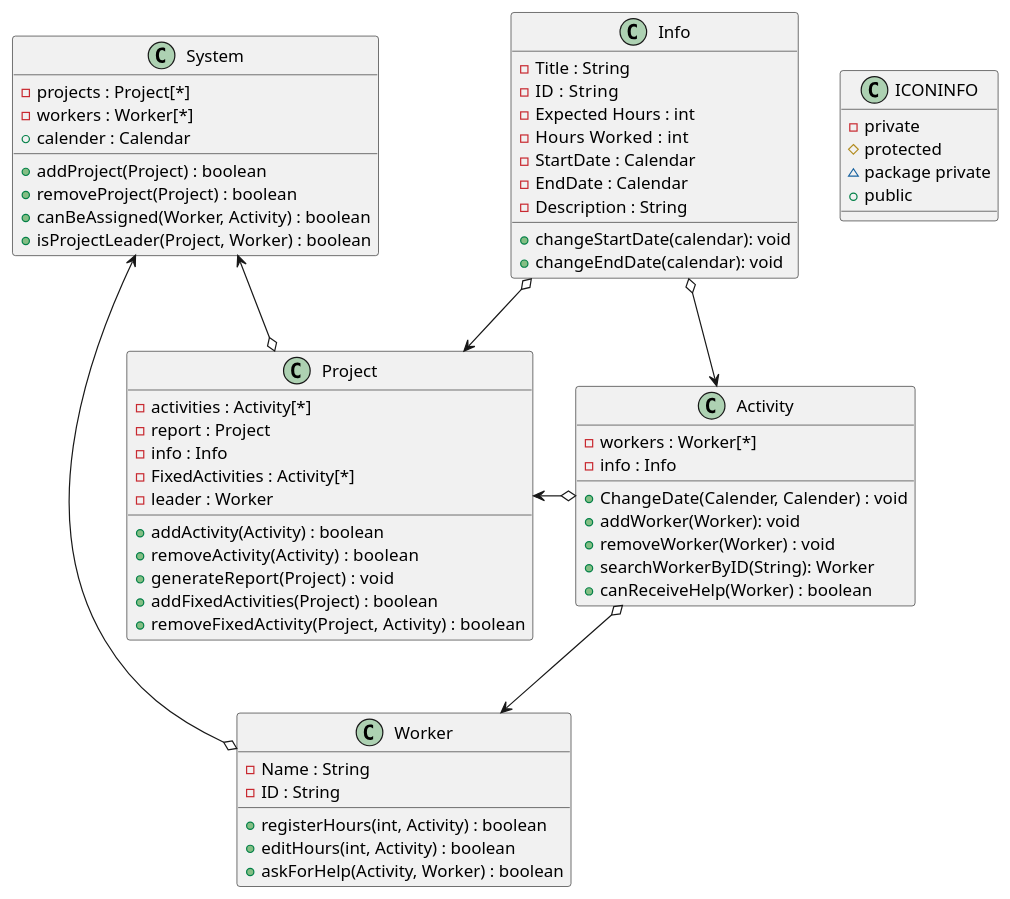
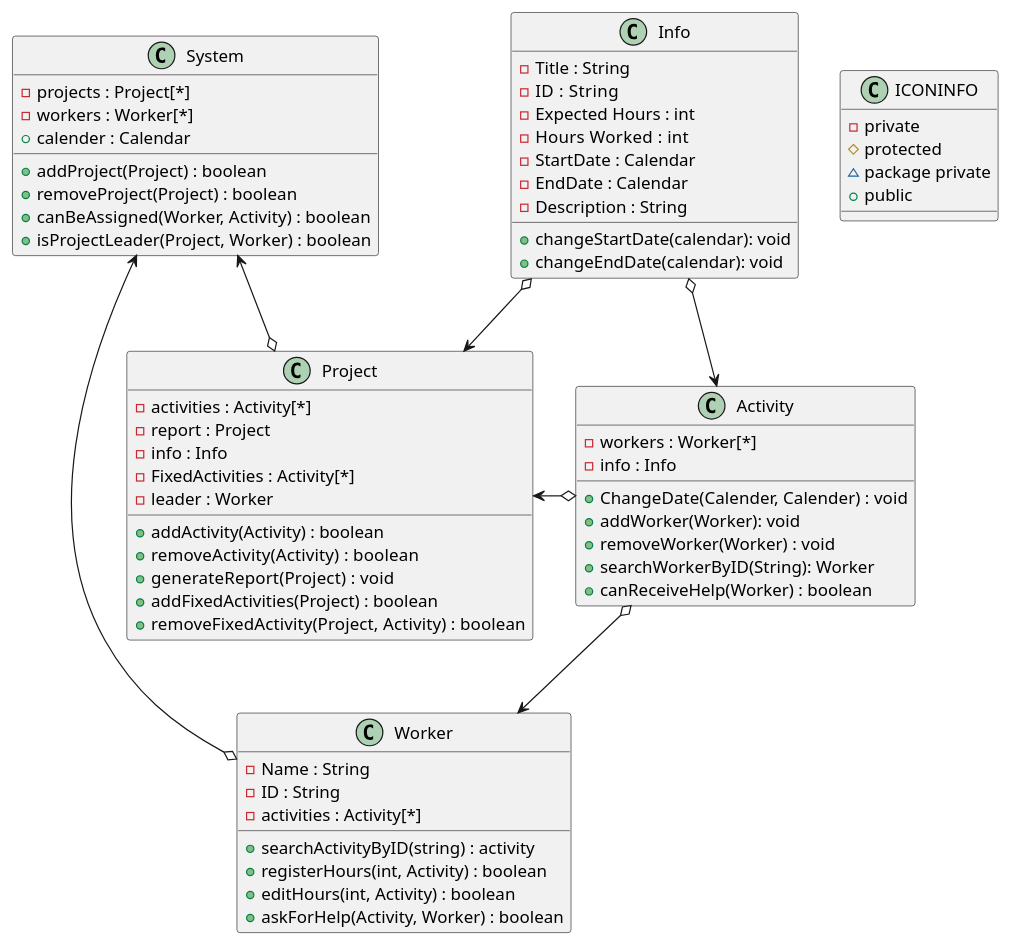
Before and after one commit to Shuhab-Siddigi/Software-Engineering: the diagram in Classdiagram.md, drawn with PlantUML.

Commit message:
ændret i classdiagram

```diff
--- a/Classdiagram.md
+++ b/Classdiagram.md
@@ -23,7 +23,9 @@
 '-startTimeToday : Calender
 '-endTimeToday : Calender
 -ID : String
+-activities : Activity[*] 
 
++searchActivityByID(string) : activity
 +registerHours(int, Activity) : boolean
 +editHours(int, Activity) : boolean
 +askForHelp(Activity, Worker) : boolean 
```
